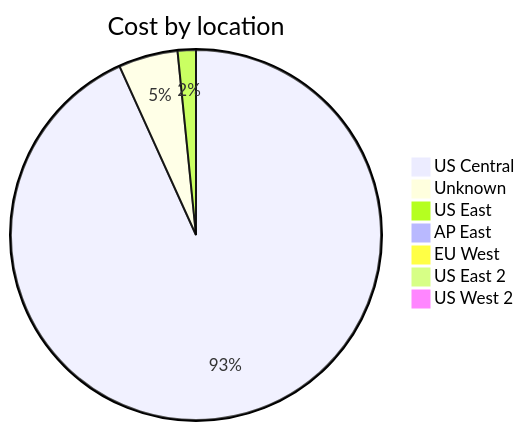
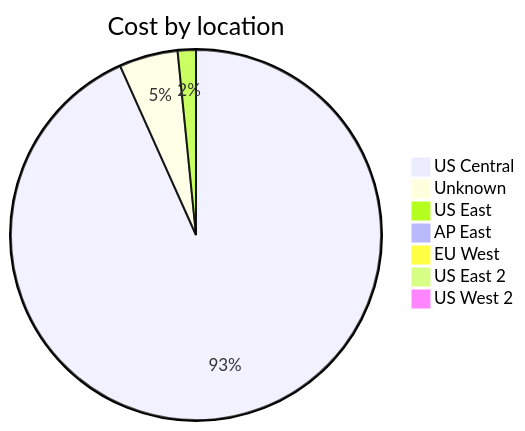
Before and after one commit to jpfulton/azure-personal-reports: the third of 4 diagrams in cost-reports/accumulated-cost.md, drawn with Mermaid. The commit also changed other lines of this file and 4 other files, not shown here.

````diff
--- a/cost-reports/accumulated-cost.md
+++ b/cost-reports/accumulated-cost.md
@@ -121,11 +121,11 @@
 ```mermaid
 pie
    title Cost by location
-   "US Central" : 4.68
-   "Unknown" : 0.26
-   "US East" : 0.08
+   "US Central" : 5.28
+   "Unknown" : 0.29
+   "US East" : 0.09
    "AP East" : 0.00
    "EU West" : 0.00
    "US East 2" : 0.00
    "US West 2" : 0.00
 ```
````
